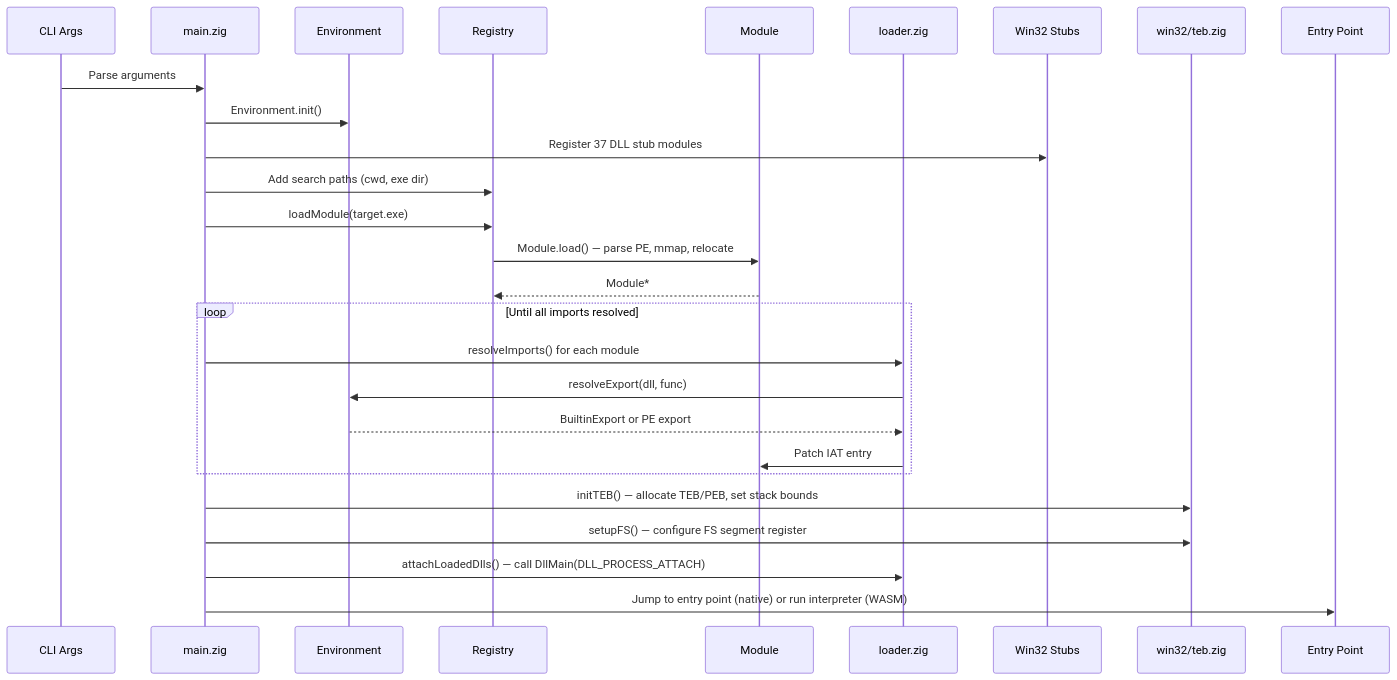
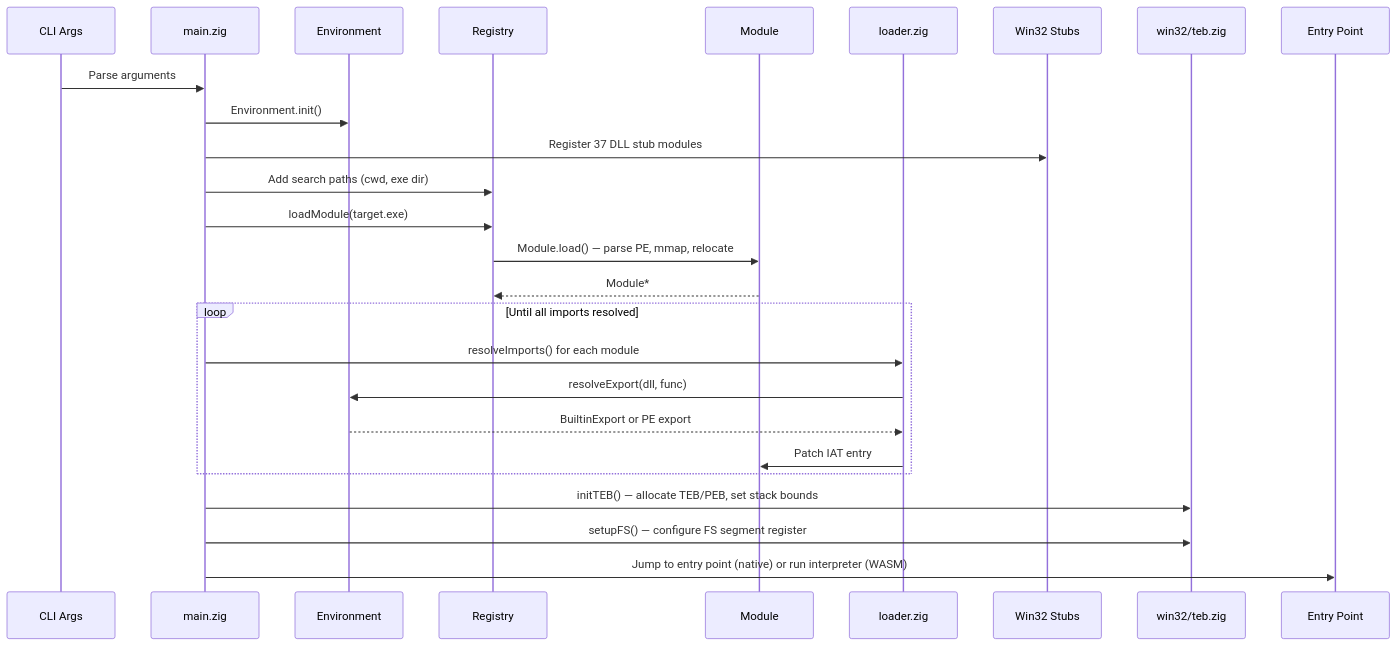
One commit to maci0/zine changed the second of 2 diagrams in docs/ARCHITECTURE.md. Above: the diagram before and after it, drawn with Mermaid. The commit also changed other lines of this file and 22 other files, not shown here.

````diff
--- a/docs/ARCHITECTURE.md
+++ b/docs/ARCHITECTURE.md
@@ -365,30 +364,29 @@
 ```mermaid
 sequenceDiagram
     participant CLI as CLI Args
     participant Main as main.zig
     participant Env as Environment
     participant Reg as Registry
     participant Mod as Module
     participant Loader as loader.zig
     participant Stubs as Win32 Stubs
     participant TEB as win32/teb.zig
     participant EP as Entry Point
 
     CLI->>Main: Parse arguments
     Main->>Env: Environment.init()
     Main->>Stubs: Register 37 DLL stub modules
     Main->>Reg: Add search paths (cwd, exe dir)
     Main->>Reg: loadModule(target.exe)
     Reg->>Mod: Module.load() — parse PE, mmap, relocate
     Mod-->>Reg: Module*
     loop Until all imports resolved
         Main->>Loader: resolveImports() for each module
         Loader->>Env: resolveExport(dll, func)
         Env-->>Loader: BuiltinExport or PE export
         Loader->>Mod: Patch IAT entry
     end
     Main->>TEB: initTEB() — allocate TEB/PEB, set stack bounds
     Main->>TEB: setupFS() — configure FS segment register
-    Main->>Loader: attachLoadedDlls() — call DllMain(DLL_PROCESS_ATTACH)
     Main->>EP: Jump to entry point (native) or run interpreter (WASM)
 ```
````
